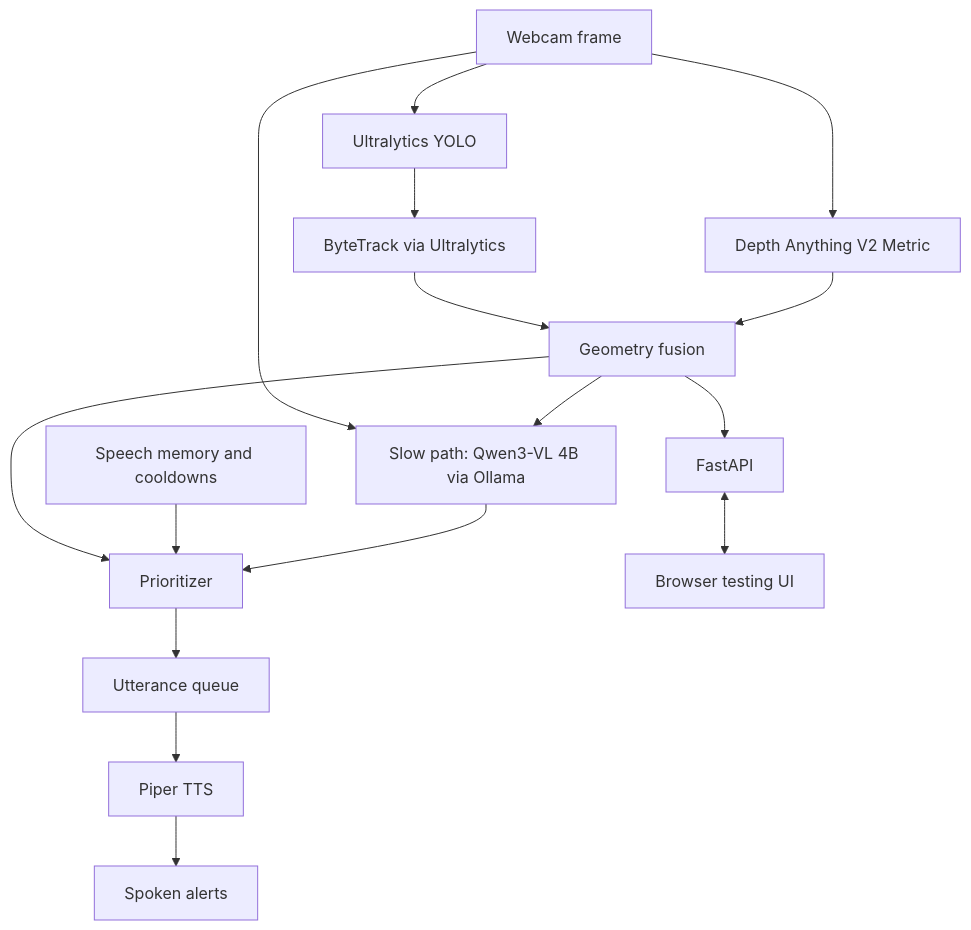
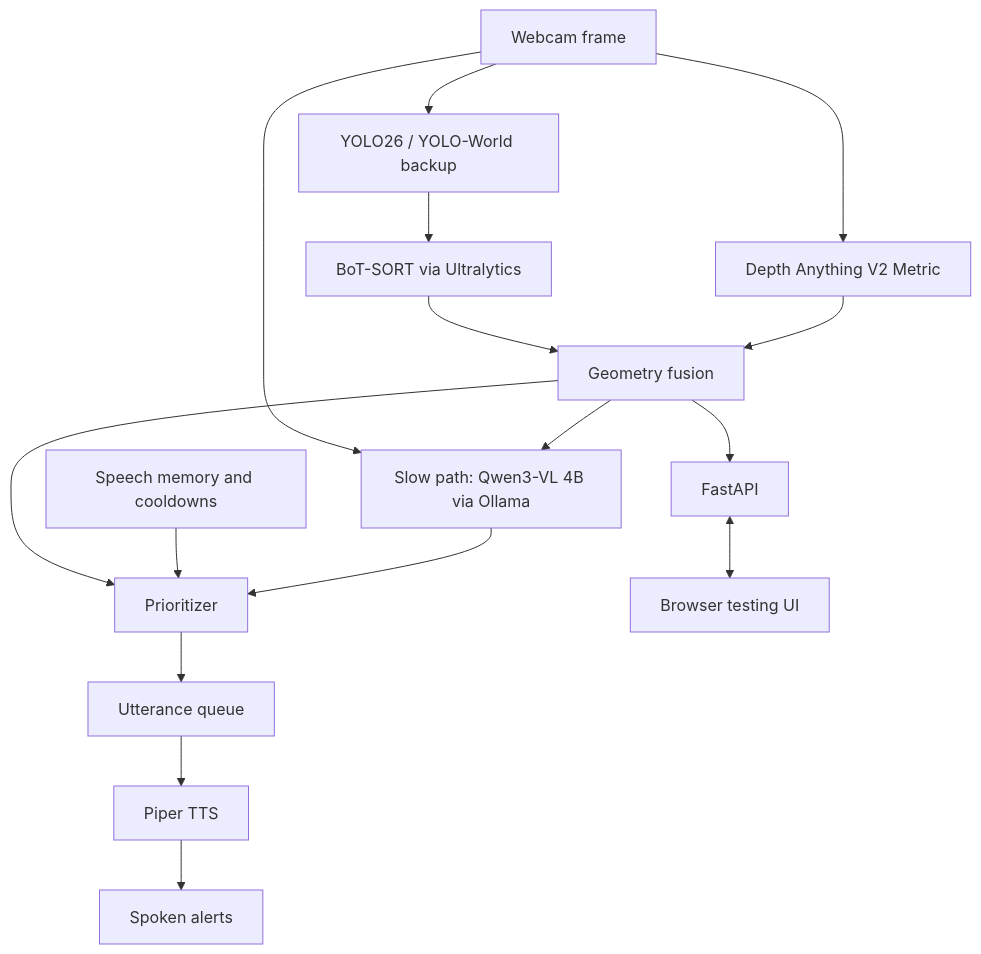
One commit to Juzhu2/AI-Hackathon-2026---Object-detection-Priority changed the diagram in README.md. Above: the diagram before and after it, drawn with Mermaid. The commit also changed other lines of this file and 7 other files, not shown here.

````diff
--- a/README.md
+++ b/README.md
@@ -13,18 +130,18 @@
 ```mermaid
 flowchart TD
-    Camera[Webcam frame] --> Detector[Ultralytics YOLO]
+    Camera[Webcam frame] --> Detector[YOLO26 / YOLO-World backup]
     Camera --> Depth[Depth Anything V2 Metric]
-    Detector --> Tracker[ByteTrack via Ultralytics]
+    Detector --> Tracker[BoT-SORT via Ultralytics]
     Tracker --> Fusion[Geometry fusion]
     Depth --> Fusion
     Fusion --> Priority[Prioritizer]
     Memory[Speech memory and cooldowns] --> Priority
     Camera --> VLM[Slow path: Qwen3-VL 4B via Ollama]
     Fusion --> VLM
     VLM --> Priority
     Priority --> Queue[Utterance queue]
     Queue --> TTS[Piper TTS]
     TTS --> Audio[Spoken alerts]
     Fusion --> API[FastAPI]
     API <--> UI[Browser testing UI]
 ```
````
